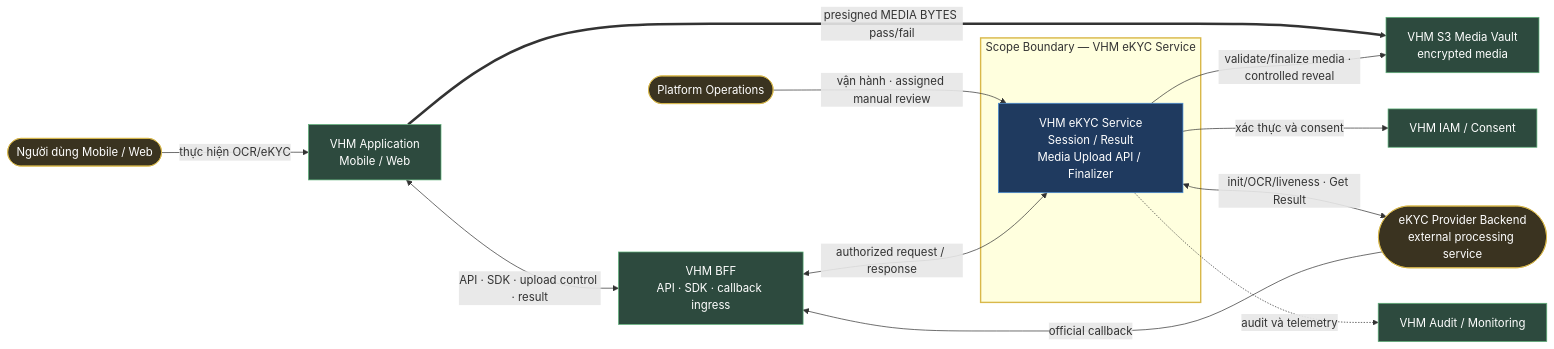
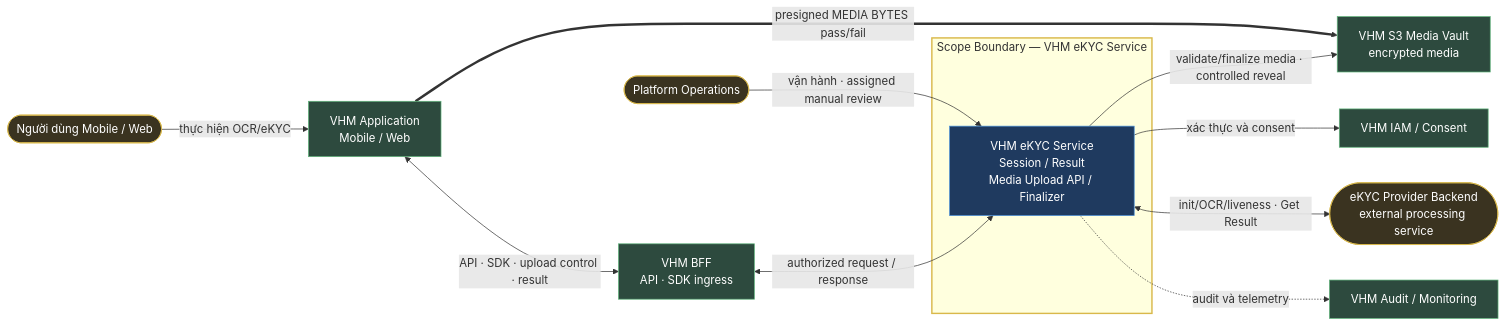
Before and after one commit to huynv-xyz/vhm: the first of 19 diagrams in tdd2.md, drawn with Mermaid. The commit also changed other lines of this file, not shown here.

````diff
--- a/tdd2.md
+++ b/tdd2.md
@@ -360,31 +360,30 @@
 ```mermaid
 flowchart LR
     USER(["Người dùng Mobile / Web"]):::entity
     OPS(["Platform Operations"]):::entity
     APP["VHM Application<br/>Mobile / Web"]:::owned
-    BFF["VHM BFF<br/>API · SDK · callback ingress"]:::owned
+    BFF["VHM BFF<br/>API · SDK ingress"]:::owned
     IAM["VHM IAM / Consent"]:::owned
     OBS["VHM Audit / Monitoring"]:::owned
     VAULT["VHM S3 Media Vault<br/>encrypted media"]:::owned
     PROVIDER(["eKYC Provider Backend<br/>external processing service"]):::entity
 
     subgraph SCOPE["Scope Boundary — VHM eKYC Service"]
         CORE["VHM eKYC Service<br/>Session / Result<br/>Media Upload API / Finalizer"]:::bc
     end
 
     USER -->|thực hiện OCR/eKYC| APP
     OPS -->|vận hành · assigned manual review| CORE
     APP <-->|API · SDK · upload control · result| BFF
     BFF <-->|authorized request / response| CORE
     APP ==>|presigned MEDIA BYTES pass/fail| VAULT
     CORE -->|validate/finalize media · controlled reveal| VAULT
     CORE -->|xác thực và consent| IAM
     CORE <-->|init/OCR/liveness · Get Result| PROVIDER
-    PROVIDER -->|official callback| BFF
     CORE -.->|audit và telemetry| OBS
 
     style SCOPE stroke:#d9b84a,stroke-width:2px
     classDef bc fill:#1f3a5f,stroke:#4a90d9,color:#fff;
     classDef owned fill:#2d4a3e,stroke:#5fb37a,color:#fff;
     classDef entity fill:#3a3320,stroke:#d9b84a,color:#fff;
 ```
````
